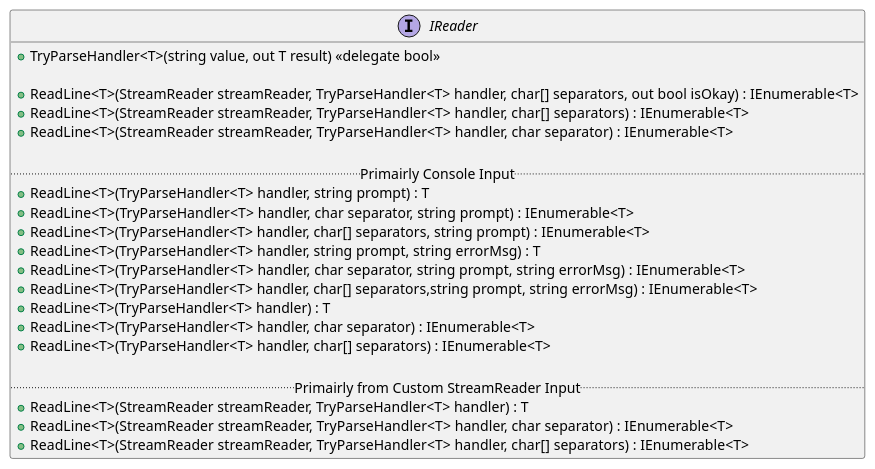
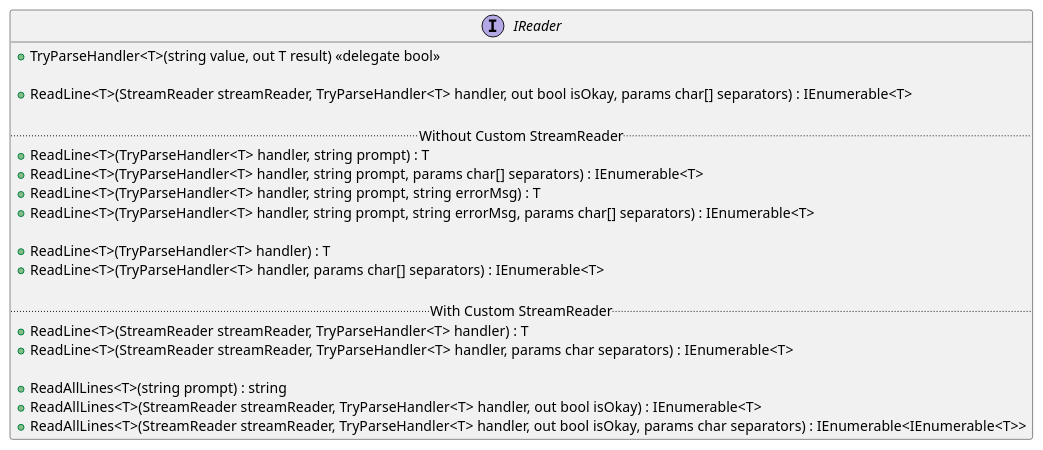
Before and after one commit to kougen/dotnet-core: the diagram in uml/classes.puml, drawn with PlantUML. The commit also changed 11 other files, not shown here.

Commit message:
Added ReadAllLines and fixed ReadLine

```diff
--- a/uml/classes.puml
+++ b/uml/classes.puml
@@ -1,31 +1,26 @@
 @startuml IO
 
-' delegate TryParseHandler {
+interface IReader{
+    +TryParseHandler<T>(string value, out T result) <<delegate bool>>
 
-' }
+    +ReadLine<T>(StreamReader streamReader, TryParseHandler<T> handler, out bool isOkay, params char[] separators) : IEnumerable<T> 
 
-interface IReader{
-	    +TryParseHandler<T>(string value, out T result) <<delegate bool>>
+    .. Without Custom StreamReader ..
+    +ReadLine<T>(TryParseHandler<T> handler, string prompt) : T
+    +ReadLine<T>(TryParseHandler<T> handler, string prompt, params char[] separators) : IEnumerable<T>
+    +ReadLine<T>(TryParseHandler<T> handler, string prompt, string errorMsg) : T
+    +ReadLine<T>(TryParseHandler<T> handler, string prompt, string errorMsg, params char[] separators) : IEnumerable<T>
+    
+    +ReadLine<T>(TryParseHandler<T> handler) : T 
+    +ReadLine<T>(TryParseHandler<T> handler, params char[] separators) : IEnumerable<T> 
 
-        +ReadLine<T>(StreamReader streamReader, TryParseHandler<T> handler, char[] separators, out bool isOkay) : IEnumerable<T> 
-        +ReadLine<T>(StreamReader streamReader, TryParseHandler<T> handler, char[] separators) : IEnumerable<T>
-        +ReadLine<T>(StreamReader streamReader, TryParseHandler<T> handler, char separator) : IEnumerable<T>
+    .. With Custom StreamReader ..
+    +ReadLine<T>(StreamReader streamReader, TryParseHandler<T> handler) : T
+    +ReadLine<T>(StreamReader streamReader, TryParseHandler<T> handler, params char separators) : IEnumerable<T>
 
-		.. Primairly Console Input ..
-    	+ReadLine<T>(TryParseHandler<T> handler, string prompt) : T
-       	+ReadLine<T>(TryParseHandler<T> handler, char separator, string prompt) : IEnumerable<T>
-       	+ReadLine<T>(TryParseHandler<T> handler, char[] separators, string prompt) : IEnumerable<T>
-        +ReadLine<T>(TryParseHandler<T> handler, string prompt, string errorMsg) : T
-        +ReadLine<T>(TryParseHandler<T> handler, char separator, string prompt, string errorMsg) : IEnumerable<T>
-        +ReadLine<T>(TryParseHandler<T> handler, char[] separators,string prompt, string errorMsg) : IEnumerable<T>
-        +ReadLine<T>(TryParseHandler<T> handler) : T 
-        +ReadLine<T>(TryParseHandler<T> handler, char separator) : IEnumerable<T> 
-        +ReadLine<T>(TryParseHandler<T> handler, char[] separators) : IEnumerable<T> 
-
-		.. Primairly from Custom StreamReader Input ..
-        +ReadLine<T>(StreamReader streamReader, TryParseHandler<T> handler) : T
-        +ReadLine<T>(StreamReader streamReader, TryParseHandler<T> handler, char separator) : IEnumerable<T>
-        +ReadLine<T>(StreamReader streamReader, TryParseHandler<T> handler, char[] separators) : IEnumerable<T>
+    +ReadAllLines<T>(string prompt) : string
+    +ReadAllLines<T>(StreamReader streamReader, TryParseHandler<T> handler, out bool isOkay) : IEnumerable<T>
+    +ReadAllLines<T>(StreamReader streamReader, TryParseHandler<T> handler, out bool isOkay, params char separators) : IEnumerable<IEnumerable<T>>
 }
 
 @enduml
```
